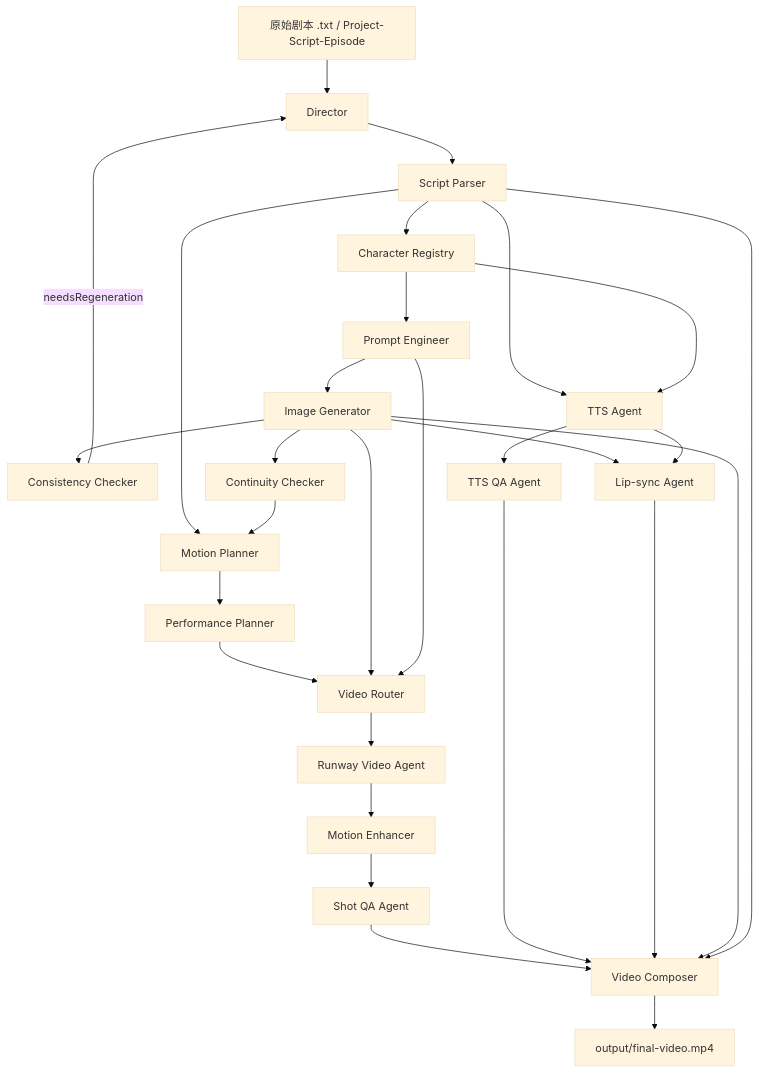
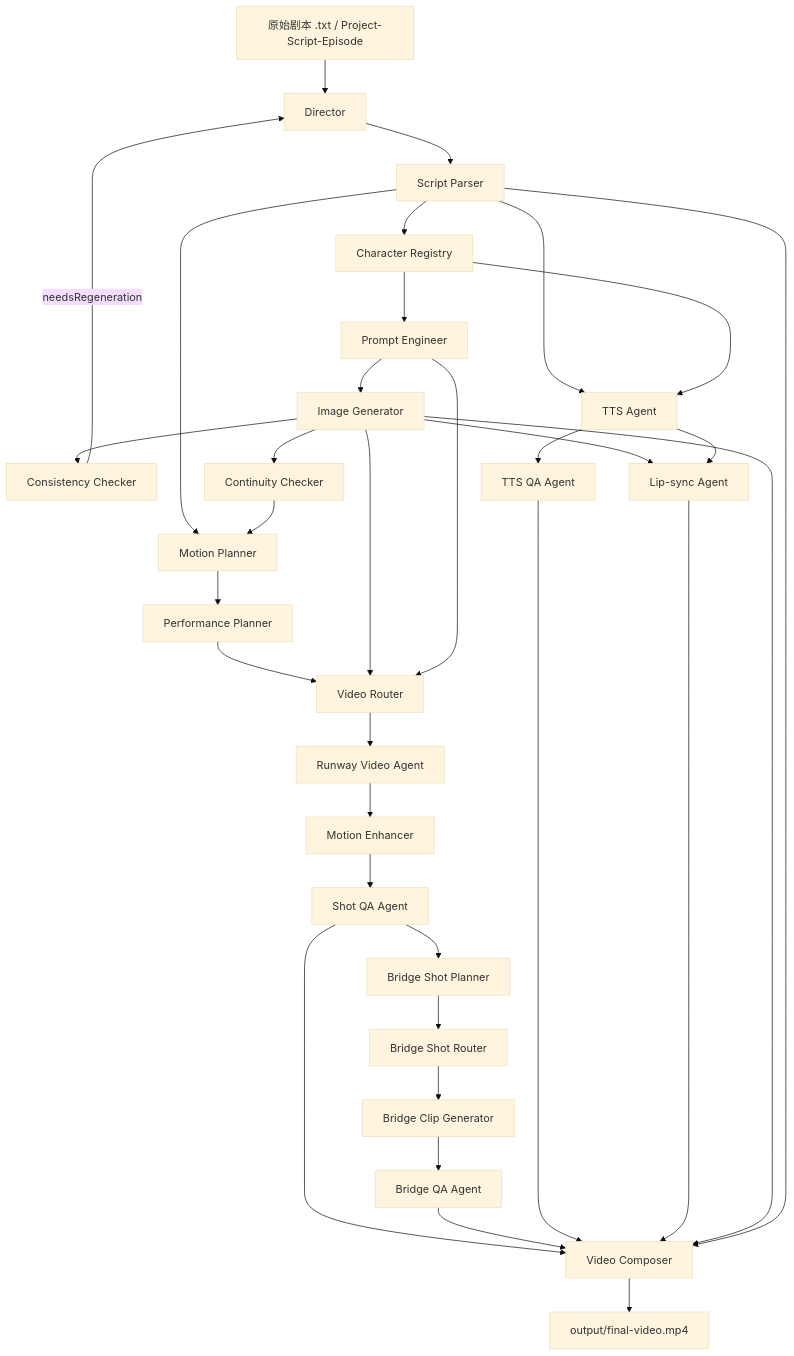
Before and after one commit to OliverPanda/AI-video-factory-pro: the first of 3 diagrams in docs/agents/agent-io-map.md, drawn with Mermaid (base theme). The commit also changed other lines of this file and 27 other files, not shown here.

First line of the commit message:
feat: 完成 Phase 3 bridge shot 主链落地与验收收口

````diff
--- a/docs/agents/agent-io-map.md
+++ b/docs/agents/agent-io-map.md
@@ -10,31 +10,36 @@
 ```mermaid
 flowchart TD
     A[原始剧本 .txt / Project-Script-Episode] --> B[Director]
     B --> C[Script Parser]
     C --> D[Character Registry]
     D --> E[Prompt Engineer]
     E --> F[Image Generator]
     F --> G[Consistency Checker]
     G -->|needsRegeneration| B
     F --> H[Continuity Checker]
     C --> I[Motion Planner]
     H --> I
     I --> J[Performance Planner]
     J --> K[Video Router]
     F --> K
     E --> K
     K --> L[Runway Video Agent]
     L --> M[Motion Enhancer]
     M --> N[Shot QA Agent]
+    N --> BS[Bridge Shot Planner]
+    BS --> BR[Bridge Shot Router]
+    BR --> BG[Bridge Clip Generator]
+    BG --> BQ[Bridge QA Agent]
     C --> O[TTS Agent]
     D --> O
     O --> P[TTS QA Agent]
     F --> Q[Lip-sync Agent]
     O --> Q
     N --> R[Video Composer]
+    BQ --> R
     P --> R
     Q --> R
     F --> R
     C --> R
     R --> S[output/final-video.mp4]
 ```
````
